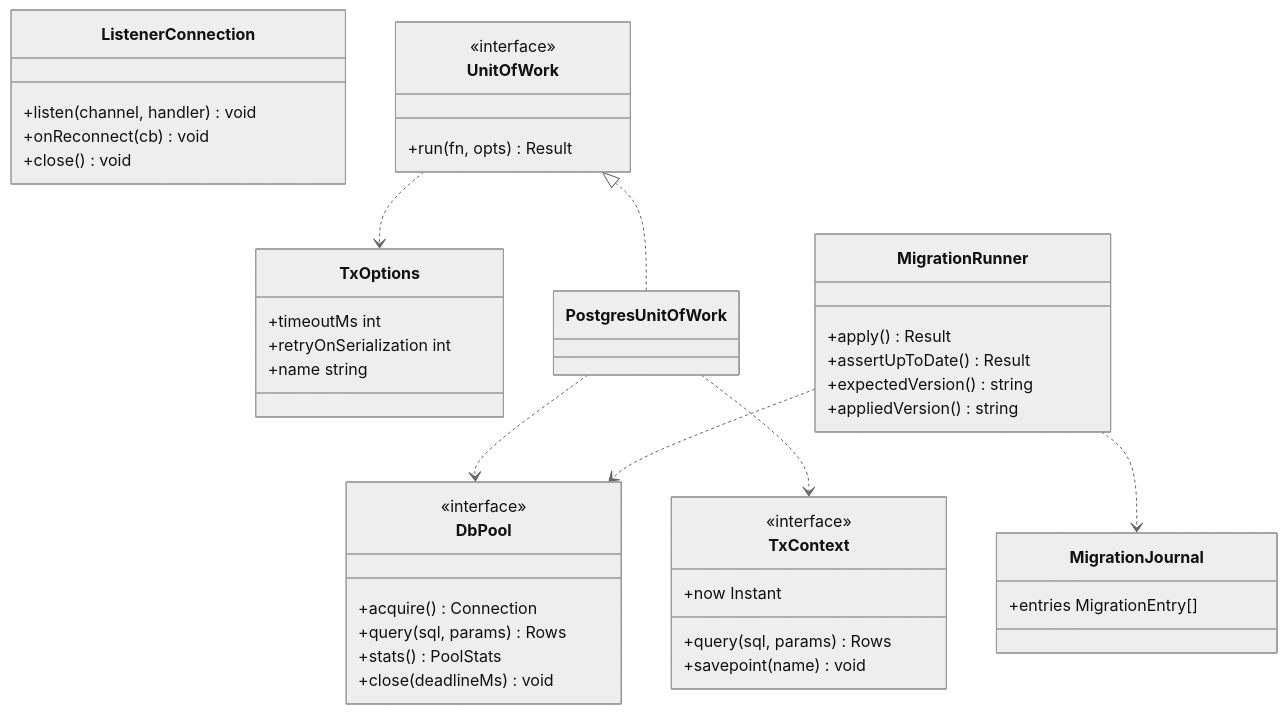
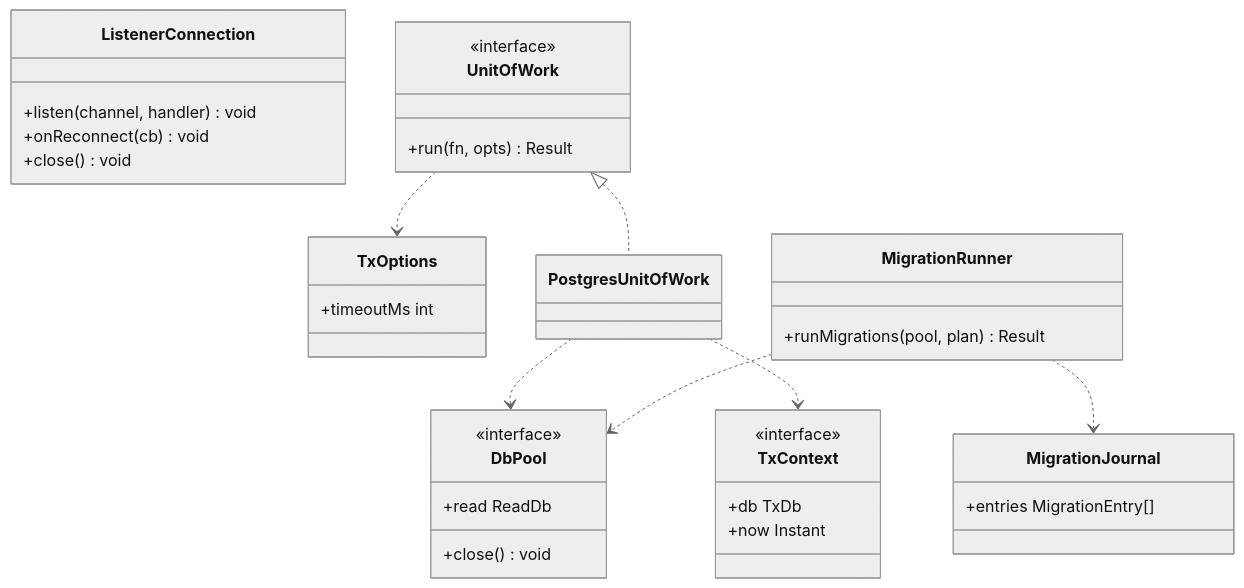
One commit to 1985jwlee/portpolio_backend changed the fifth of 33 diagrams in docs/design/features/16-cross-cutting.md. Above: the diagram before and after it, drawn with Mermaid (neutral theme). The commit also changed other lines of this file and 46 other files, not shown here.

````diff
--- a/docs/design/features/16-cross-cutting.md
+++ b/docs/design/features/16-cross-cutting.md
@@ -286,46 +286,38 @@
 ```mermaid
 classDiagram
     class DbPool {
         <<interface>>
-        +acquire() Connection
-        +query(sql, params) Rows
-        +stats() PoolStats
-        +close(deadlineMs) void
+        +read ReadDb
+        +close() void
     }
     class ListenerConnection {
         +listen(channel, handler) void
         +onReconnect(cb) void
         +close() void
     }
     class UnitOfWork {
         <<interface>>
         +run(fn, opts) Result
     }
     class TxContext {
         <<interface>>
-        +query(sql, params) Rows
+        +db TxDb
         +now Instant
-        +savepoint(name) void
     }
     class TxOptions {
         +timeoutMs int
-        +retryOnSerialization int
-        +name string
     }
     class PostgresUnitOfWork
     UnitOfWork <|.. PostgresUnitOfWork
     PostgresUnitOfWork ..> DbPool
     PostgresUnitOfWork ..> TxContext
     UnitOfWork ..> TxOptions
     class MigrationRunner {
-        +apply() Result
-        +assertUpToDate() Result
-        +expectedVersion() string
-        +appliedVersion() string
+        +runMigrations(pool, plan) Result
     }
     class MigrationJournal {
         +entries MigrationEntry[]
     }
     MigrationRunner ..> DbPool
     MigrationRunner ..> MigrationJournal
 ```
````
